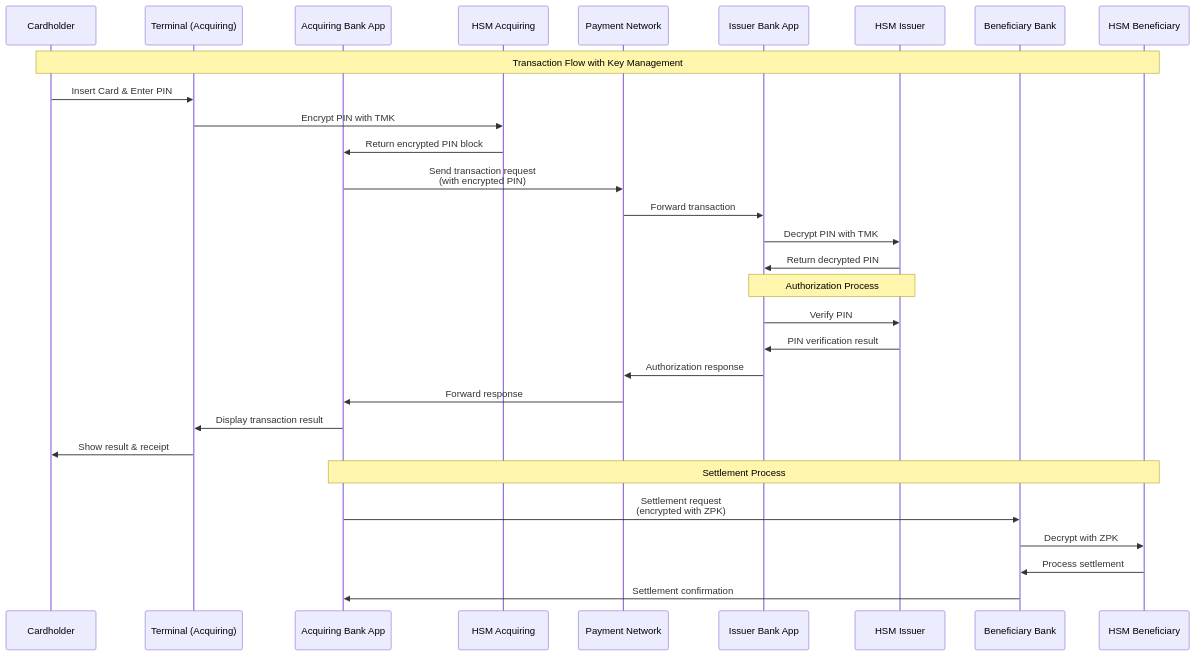
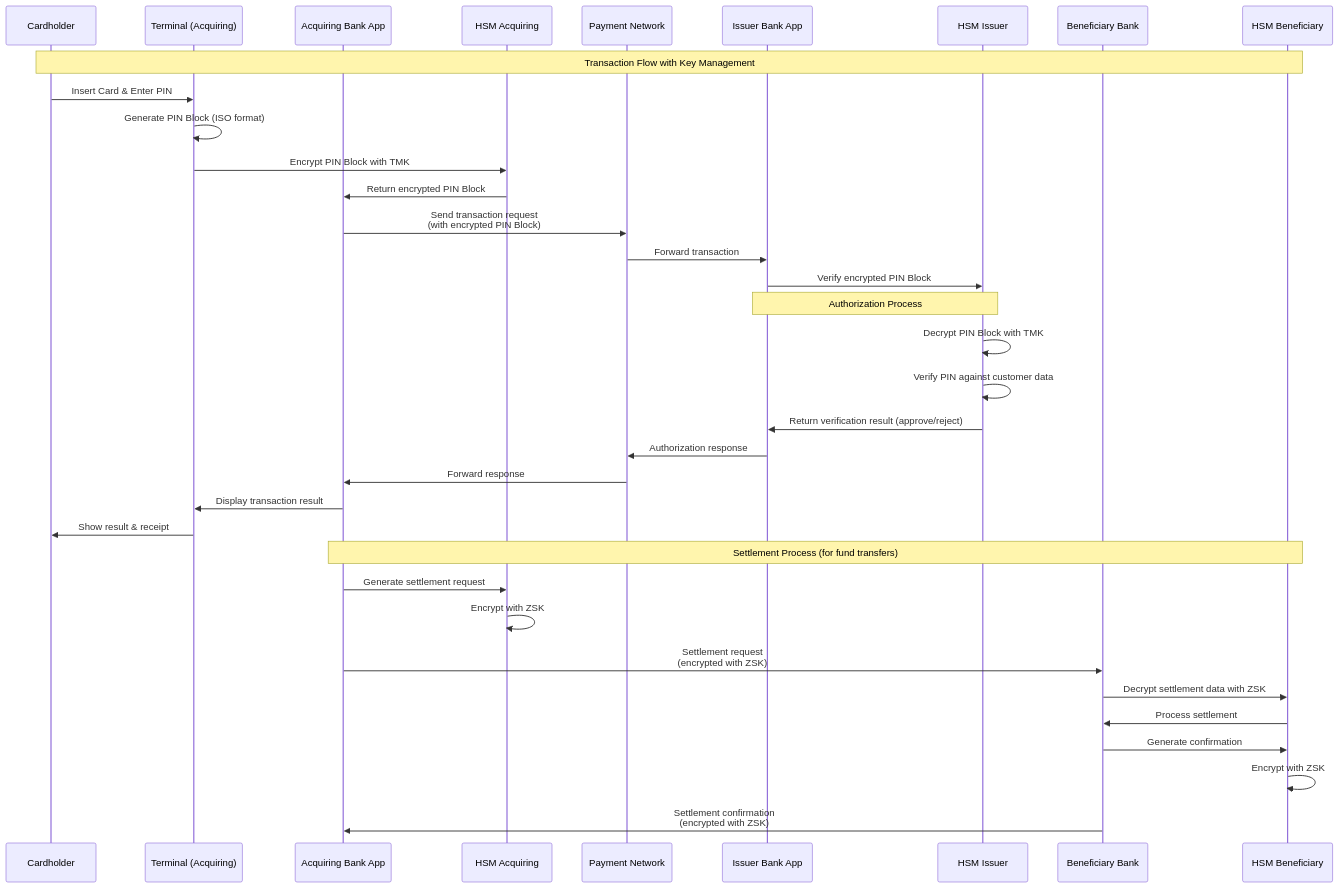
The second of 2 diagrams in README.md (artivisi/hsm-simulator), drawn with Mermaid before and after one commit. The commit also changed other lines of this file, not shown here.

First line of the commit message:
Fix banking system architecture documentation with correct key management

````diff
--- a/README.md
+++ b/README.md
@@ -117,38 +117,42 @@
 ```mermaid
 sequenceDiagram
     participant C as Cardholder
     participant T as Terminal (Acquiring)
     participant AB as Acquiring Bank App
     participant AB_HSM as HSM Acquiring
     participant NW as Payment Network
     participant IB as Issuer Bank App
     participant IB_HSM as HSM Issuer
     participant BB as Beneficiary Bank
     participant BB_HSM as HSM Beneficiary
 
     Note over C,BB_HSM: Transaction Flow with Key Management
 
     C->>T: Insert Card & Enter PIN
-    T->>AB_HSM: Encrypt PIN with TMK
-    AB_HSM->>AB: Return encrypted PIN block
-    AB->>NW: Send transaction request<br/>(with encrypted PIN)
+    T->>T: Generate PIN Block (ISO format)
+    T->>AB_HSM: Encrypt PIN Block with TMK
+    AB_HSM->>AB: Return encrypted PIN Block
+    AB->>NW: Send transaction request<br/>(with encrypted PIN Block)
 
     NW->>IB: Forward transaction
-    IB->>IB_HSM: Decrypt PIN with TMK
-    IB_HSM->>IB: Return decrypted PIN
-
+    IB->>IB_HSM: Verify encrypted PIN Block
     Note over IB,IB_HSM: Authorization Process
-    IB->>IB_HSM: Verify PIN
-    IB_HSM->>IB: PIN verification result
+    IB_HSM->>IB_HSM: Decrypt PIN Block with TMK
+    IB_HSM->>IB_HSM: Verify PIN against customer data
+    IB_HSM->>IB: Return verification result (approve/reject)
     IB->>NW: Authorization response
 
     NW->>AB: Forward response
     AB->>T: Display transaction result
     T->>C: Show result & receipt
 
-    Note over AB,BB_HSM: Settlement Process
-    AB->>BB: Settlement request<br/>(encrypted with ZPK)
-    BB->>BB_HSM: Decrypt with ZPK
+    Note over AB,BB_HSM: Settlement Process (for fund transfers)
+    AB->>AB_HSM: Generate settlement request
+    AB_HSM->>AB_HSM: Encrypt with ZSK
+    AB->>BB: Settlement request<br/>(encrypted with ZSK)
+    BB->>BB_HSM: Decrypt settlement data with ZSK
     BB_HSM->>BB: Process settlement
-    BB->>AB: Settlement confirmation
+    BB->>BB_HSM: Generate confirmation
+    BB_HSM->>BB_HSM: Encrypt with ZSK
+    BB->>AB: Settlement confirmation<br/>(encrypted with ZSK)
 ```
````
